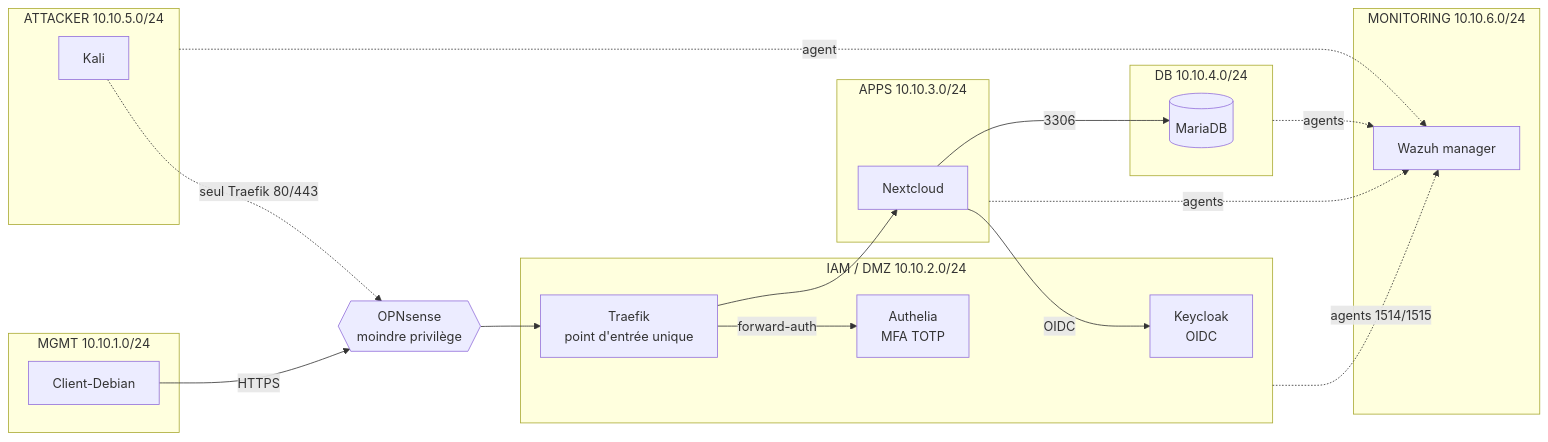
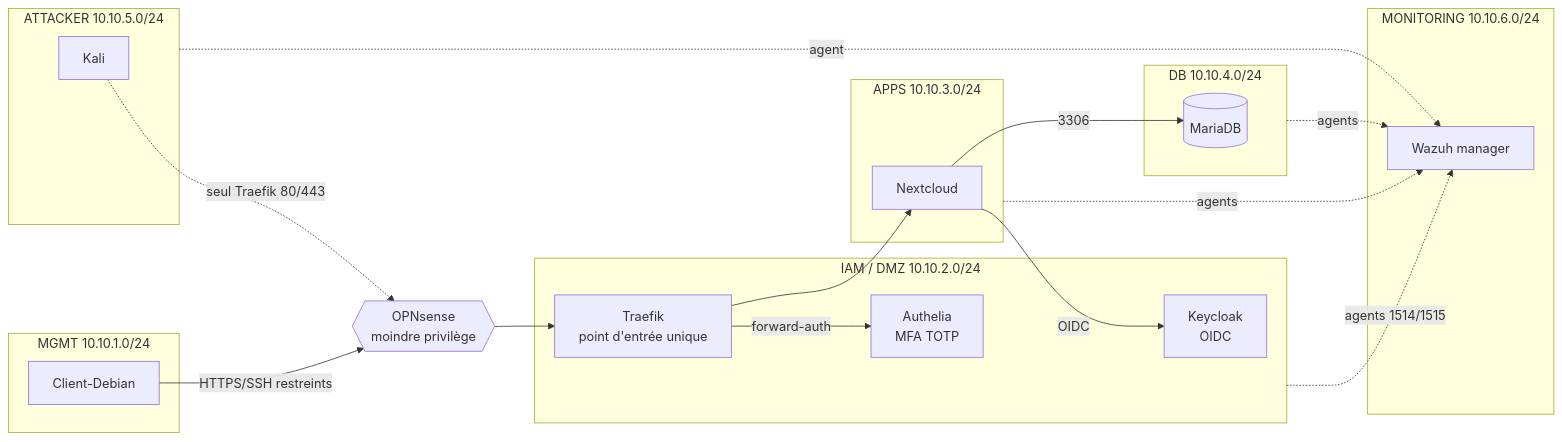
Before and after one commit to arrach-imane/Architecture-Zero-Trust-en-environnement-virtualis-: the diagram in README.md, drawn with Mermaid. The commit also changed other lines of this file, not shown here.

````diff
--- a/README.md
+++ b/README.md
@@ -12,35 +12,35 @@
 ```mermaid
 flowchart LR
   subgraph ATT[ATTACKER 10.10.5.0/24]
     K[Kali]
   end
   subgraph MG[MGMT 10.10.1.0/24]
     C[Client-Debian]
   end
   subgraph IAM[IAM / DMZ 10.10.2.0/24]
     T[Traefik<br/>point d'entrée unique]
     A[Authelia<br/>MFA TOTP]
     KC[Keycloak<br/>OIDC]
   end
   subgraph APP[APPS 10.10.3.0/24]
     N[Nextcloud]
   end
   subgraph DB[DB 10.10.4.0/24]
     M[(MariaDB)]
   end
   subgraph MON[MONITORING 10.10.6.0/24]
     W[Wazuh manager]
   end
   FW{{OPNsense<br/>moindre privilège}}
 
-  C -->|HTTPS| FW --> T
+  C -->|HTTPS/SSH restreints| FW --> T
   K -.->|seul Traefik 80/443| FW
   T -->|forward-auth| A
   T --> N
   N -->|OIDC| KC
   N -->|3306| M
   IAM -. agents 1514/1515 .-> W
   APP -. agents .-> W
   DB -. agents .-> W
   ATT -. agent .-> W
 ```
````
